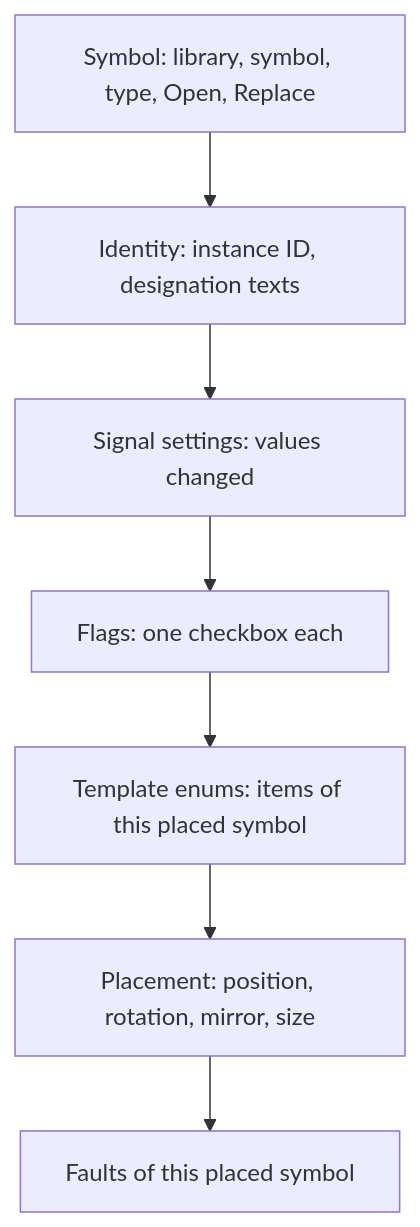
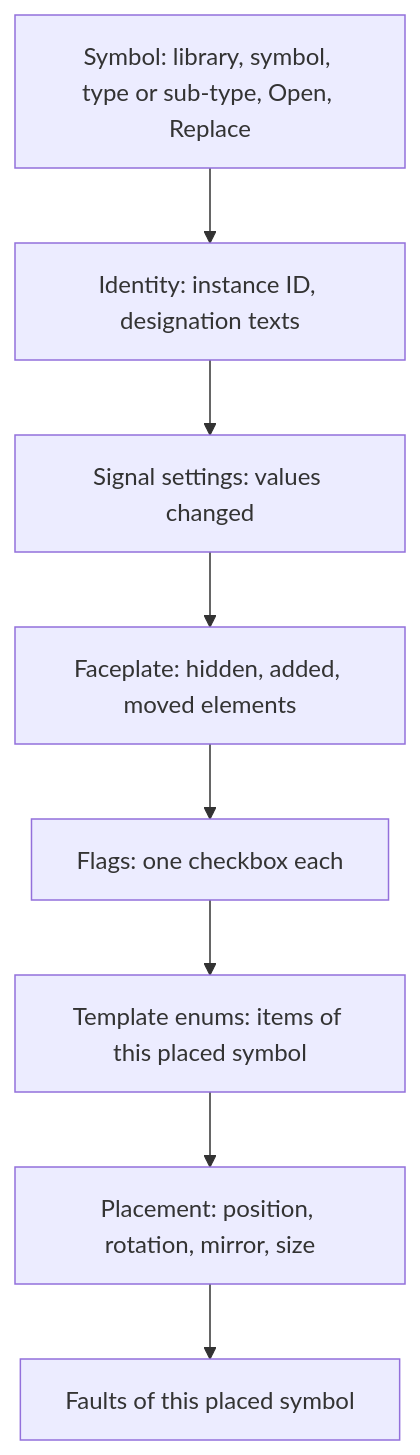
One commit to AlexandreGallais/synoptic-studio-spec changed the diagram in synoptics/04-placed-symbol-panel.md. Above: the diagram before and after it, drawn with Mermaid. The commit also changed other lines of this file and 12 other files, not shown here.

First line of the commit message:
docs: let sub-types fill parent groups and synoptics edit placed symbols

````diff
--- a/synoptics/04-placed-symbol-panel.md
+++ b/synoptics/04-placed-symbol-panel.md
@@ -14,9 +16,10 @@
 ```mermaid
 flowchart TD
-    A["Symbol: library, symbol, type, Open, Replace"] --> B["Identity: instance ID, designation texts"]
+    A["Symbol: library, symbol, type or sub-type, Open, Replace"] --> B["Identity: instance ID, designation texts"]
     B --> C["Signal settings: values changed"]
-    C --> D["Flags: one checkbox each"]
-    D --> E["Template enums: items of this placed symbol"]
-    E --> F["Placement: position, rotation, mirror, size"]
-    F --> G["Faults of this placed symbol"]
+    C --> D["Faceplate: hidden, added, moved elements"]
+    D --> E["Flags: one checkbox each"]
+    E --> F["Template enums: items of this placed symbol"]
+    F --> G["Placement: position, rotation, mirror, size"]
+    G --> H["Faults of this placed symbol"]
 ```
````
